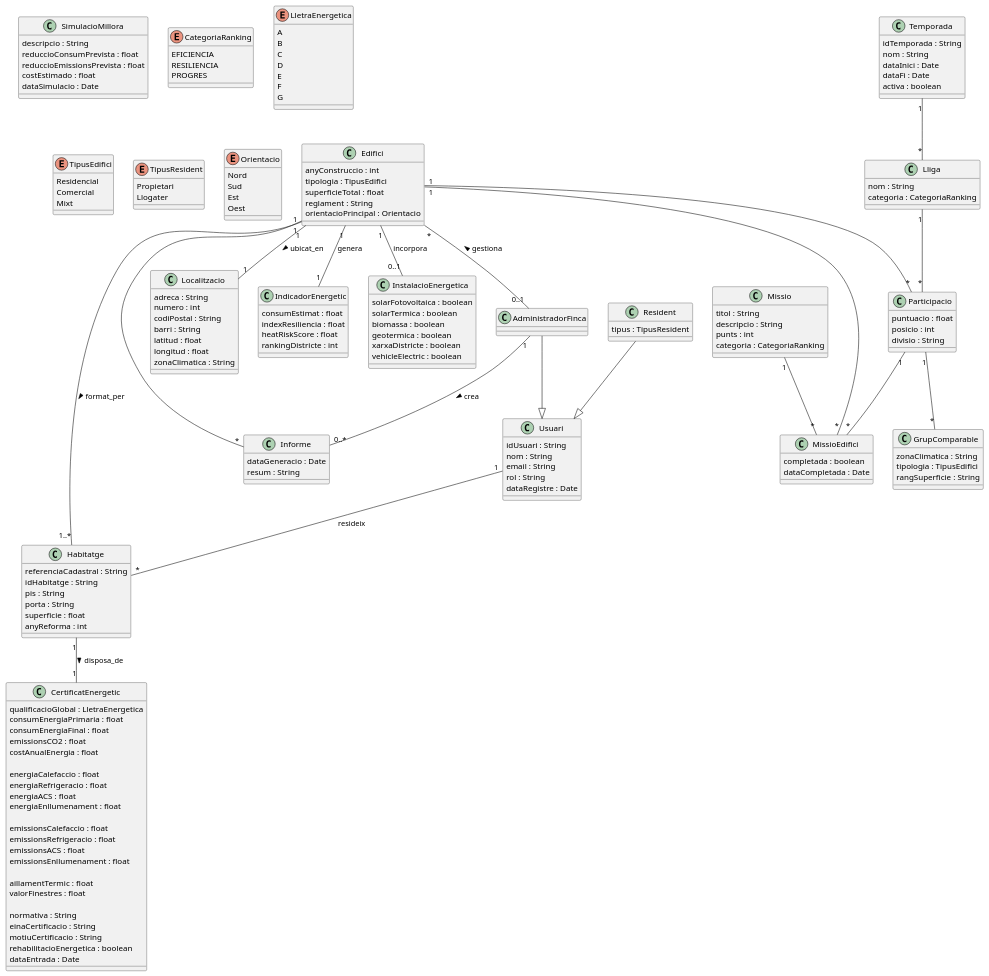
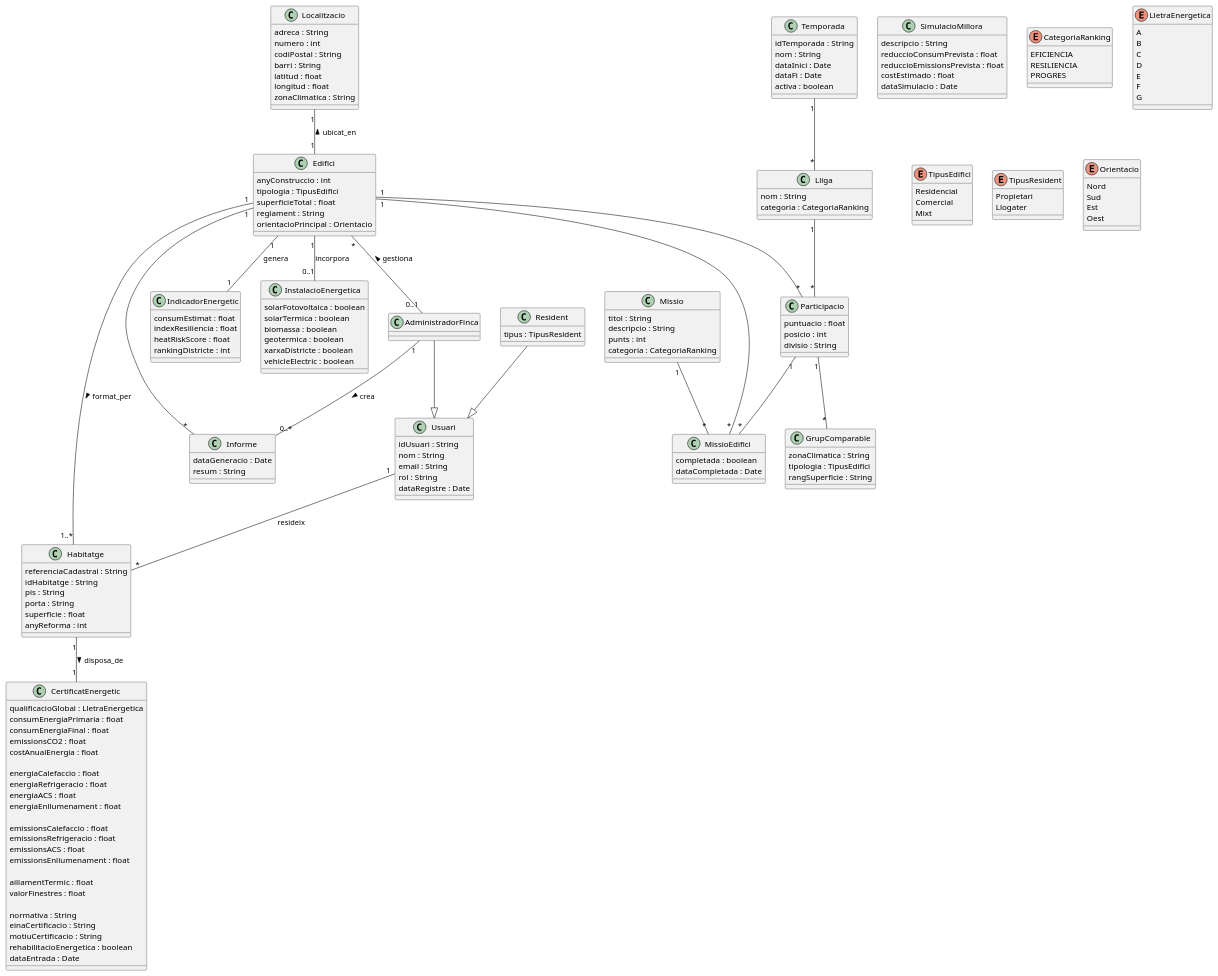
One commit to ScoreLab-Team/Backend-BuildRank changed the diagram in src/diagram.puml. Above: the diagram before and after it, drawn with PlantUML. The commit also changed 2 other files, not shown here.

Commit message:
afegir carpeta .idea al .gitignore i actualitzar relacions UML

```diff
--- a/src/diagram.puml
+++ b/src/diagram.puml
@@ -1,192 +1,192 @@
 @startuml
 
 class Edifici {
     anyConstruccio : int
     tipologia : TipusEdifici
     superficieTotal : float
     reglament : String
     orientacioPrincipal : Orientacio
 }
 
 class Habitatge {
   referenciaCadastral : String
   idHabitatge : String
   pis : String
   porta : String
   superficie : float
   anyReforma : int
 }
 
 class Localitzacio {
   adreca : String
   numero : int
   codiPostal : String
   barri : String
   latitud : float
   longitud : float
   zonaClimatica : String
 }
 class CertificatEnergetic {
     qualificacioGlobal : LletraEnergetica
     consumEnergiaPrimaria : float
     consumEnergiaFinal : float
     emissionsCO2 : float
     costAnualEnergia : float
 
     energiaCalefaccio : float
     energiaRefrigeracio : float
     energiaACS : float
     energiaEnllumenament : float
 
     emissionsCalefaccio : float
     emissionsRefrigeracio : float
     emissionsACS : float
     emissionsEnllumenament : float
 
     aillamentTermic : float
     valorFinestres : float
 
     normativa : String
     einaCertificacio : String
     motiuCertificacio : String
     rehabilitacioEnergetica : boolean
     dataEntrada : Date
 }
 
 class IndicadorEnergetic {
   consumEstimat : float
   indexResiliencia : float
   heatRiskScore : float
   rankingDistricte : int
 }
 
 class Usuari {
   idUsuari : String
   nom : String
   email : String
   rol : String
   dataRegistre : Date
 }
 
 class Resident{
   tipus : TipusResident
 }
 class AdministradorFinca{}
 
 class InstalacioEnergetica {
   solarFotovoltaica : boolean
   solarTermica : boolean
   biomassa : boolean
   geotermica : boolean
   xarxaDistricte : boolean
   vehicleElectric : boolean
 }
 
 class Temporada {
   idTemporada : String
   nom : String
   dataInici : Date
   dataFi : Date
   activa : boolean
 }
 class Lliga {
   nom : String
   categoria : CategoriaRanking
 }
 
 class Participacio {
   puntuacio : float
   posicio : int
   divisio : String
 }
 
 class GrupComparable {
   zonaClimatica : String
   tipologia : TipusEdifici
   rangSuperficie : String
 }
 class Missio {
   titol : String
   descripcio : String
   punts : int
   categoria : CategoriaRanking
 }
 class MissioEdifici {
   completada : boolean
   dataCompletada : Date
 }
 
 class SimulacioMillora {
   descripcio : String
   reduccioConsumPrevista : float
   reduccioEmissionsPrevista : float
   costEstimado : float
   dataSimulacio : Date
 }
 
 class Informe {
   dataGeneracio : Date
   resum : String
 }
 
 enum CategoriaRanking {
   EFICIENCIA
   RESILIENCIA
   PROGRES
 }
 
 enum LletraEnergetica {
   A
   B
   C
   D
   E
   F
   G
 }
 
 enum TipusEdifici {
   Residencial
   Comercial
   Mixt
 }
 
 enum TipusResident {
   Propietari
   Llogater
 }
 
 enum Orientacio {
   Nord
   Sud
   Est
   Oest
 }
 
 ' Relacions
-Edifici "1" -- "1" Localitzacio : ubicat_en >
+Edifici "1" -up- "1" Localitzacio : ubicat_en >
 Edifici "1" -- "1..*" Habitatge : format_per >
 Habitatge "1" -- "1" CertificatEnergetic : disposa_de >
 Edifici "1" -- "1" IndicadorEnergetic : genera
 Edifici "1" -- "*" Informe
 
 ' Per un habitatge només hi haurà un compte d'usuari
 Usuari "1" -- "*" Habitatge : resideix
 Edifici "*" -- "0..1" AdministradorFinca : gestiona <
 Edifici "1" -- "0..1" InstalacioEnergetica : incorpora
 AdministradorFinca --|> Usuari
 Resident --|> Usuari
 AdministradorFinca "1" -- "0..*" Informe : crea >
 
 Temporada "1" -- "*" Lliga
 Lliga "1" -- "*" Participacio
 Edifici "1" -- "*" Participacio
 
 ' Potser millor: Edifici "1" -- "*" GrupComparable : pertany_a >, ja que el grup comparable no depen de la lliga
 Participacio "1" -- "*" GrupComparable
 
 Participacio "1" -- "*" MissioEdifici
 Missio "1" -- "*" MissioEdifici
 Edifici "1" -- "*" MissioEdifici
 
 @enduml
```
